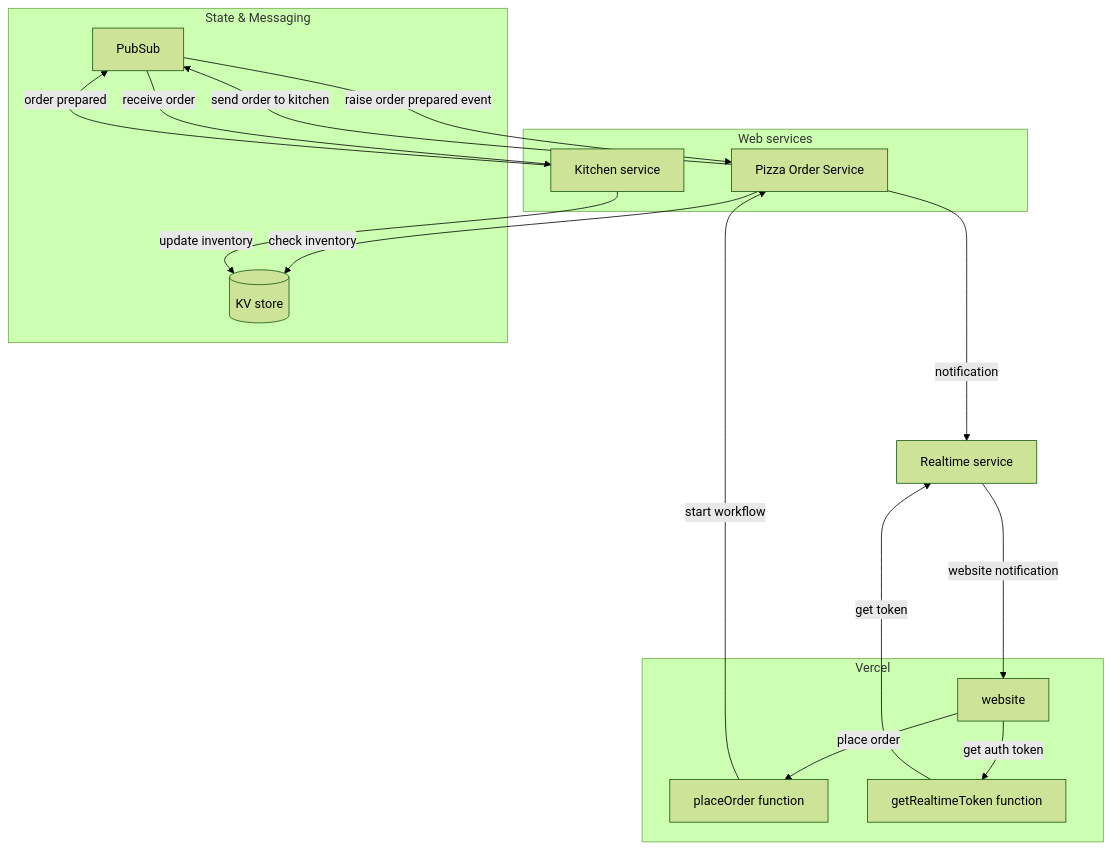
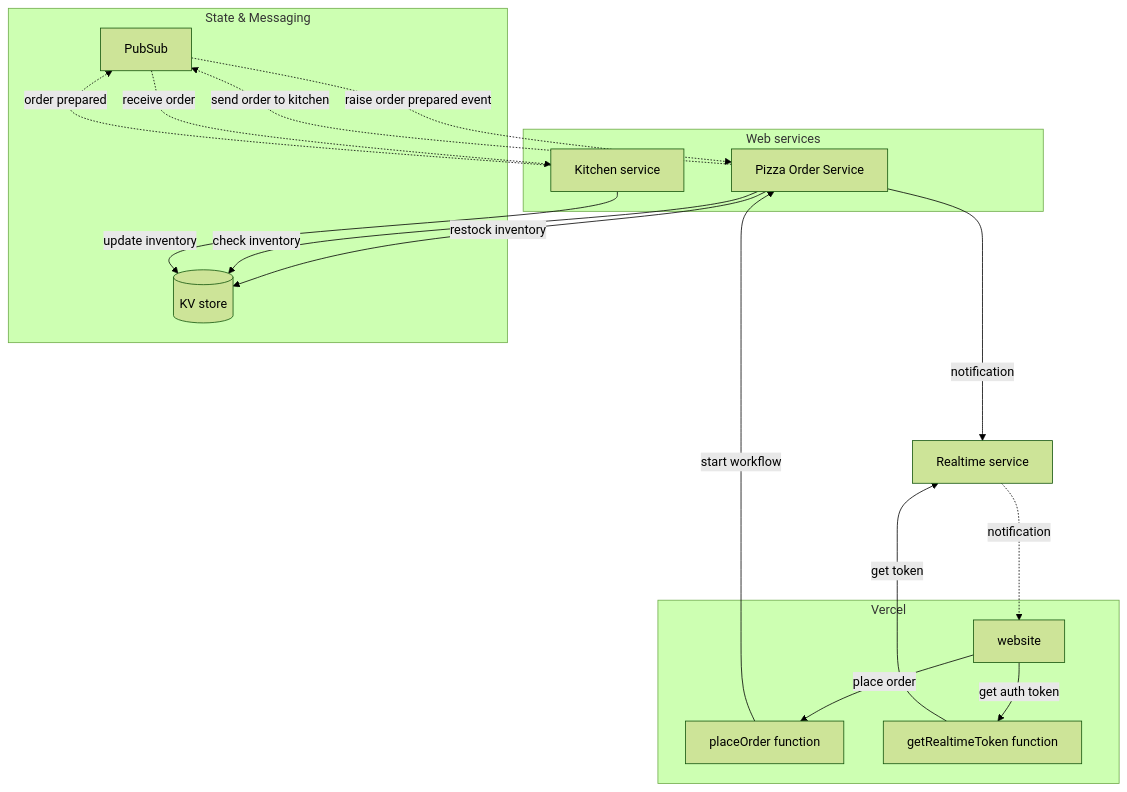
Before and after one commit to diagrid-labs/catalyst-pizza-demo: the diagram in README.md, drawn with Mermaid (forest theme). The commit also changed 1 other file, not shown here.

Commit message:
Update diagram

````diff
--- a/README.md
+++ b/README.md
@@ -13,34 +13,38 @@
 ```mermaid
 graph TD
 
 subgraph State & Messaging
 	KV[(KV store)]
 	PS[PubSub]
 end
 
 subgraph Web services
 	KS[Kitchen service]
 	WF[Pizza Order Service]
 end
 
 subgraph Vercel
 	W[website]
 	PF[placeOrder function]
 	RF[getRealtimeToken function]
 end
 
 RTS[Realtime service]
 
 W -->|place order| PF
 W --> |get auth token| RF
 RF ---->|get token| RTS
 PF --> |start workflow|WF
-WF-->|send order to kitchen|PS
+WF-.->|send order to kitchen|PS
+WF-->|restock inventory|KV
 WF-->|check inventory|KV
 KS-->|update inventory|KV
-PS-->|receive order|KS
+PS-.->|receive order|KS
 WF---->|notification|RTS
-KS-->|order prepared|PS
-PS-->|raise order prepared event|WF
-RTS ---->|website notification| W
+KS-.->|order prepared|PS
+PS-.->|raise order prepared event|WF
+RTS -.->|notification| W
+
+
+
 ```
````
